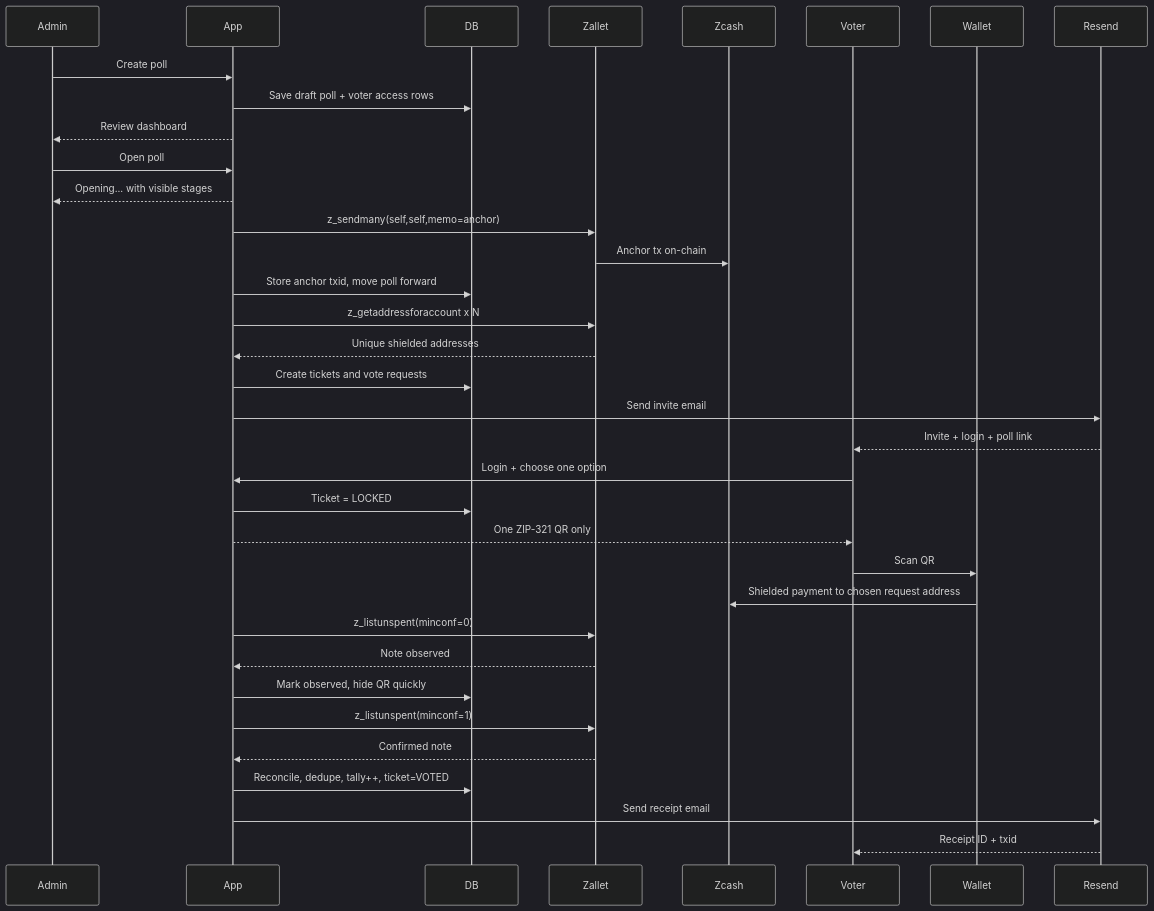
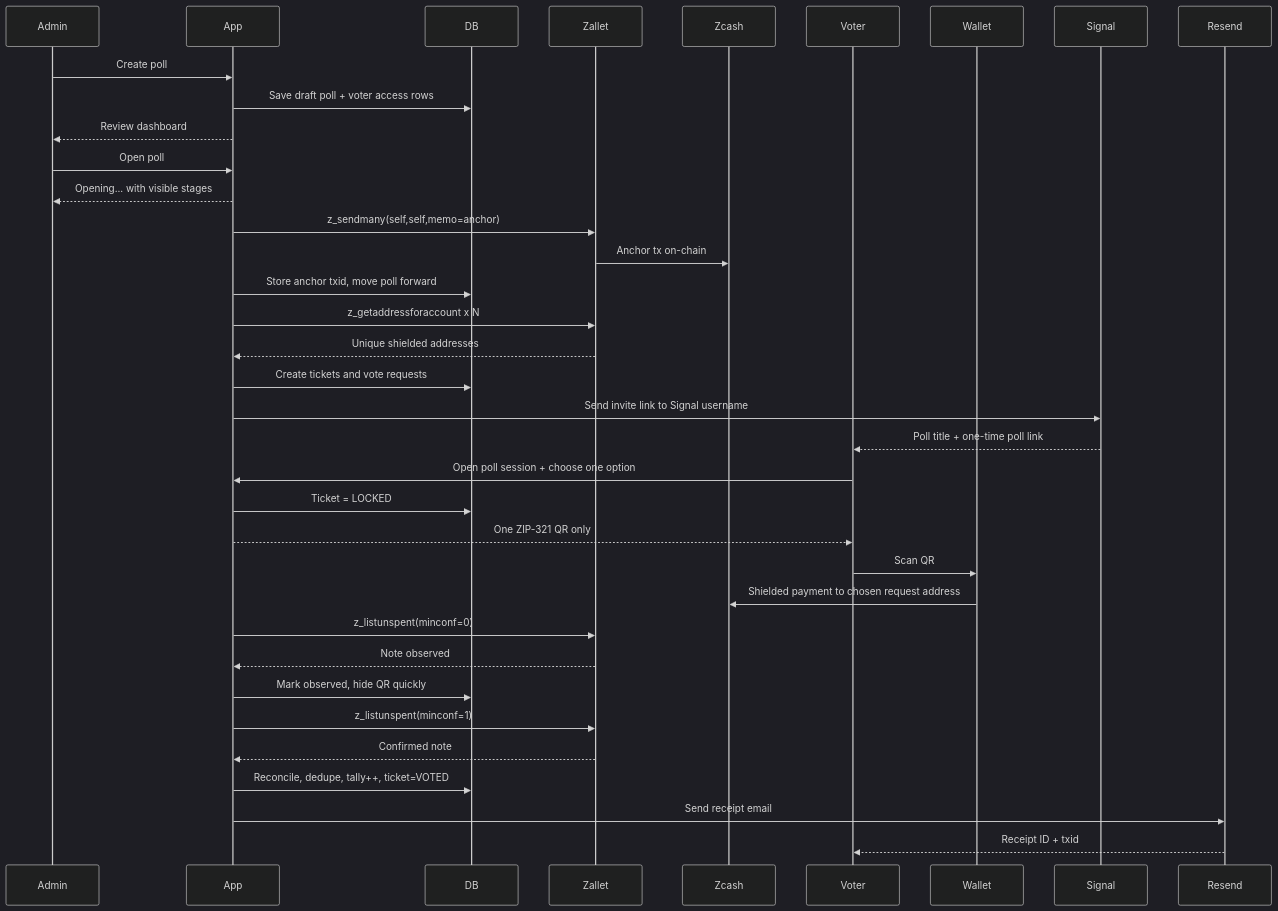
Before and after one commit to Michae2xl/community-shielded-voting: the second of 2 diagrams in README.md, drawn with Mermaid (dark theme). The commit also changed other lines of this file and 44 other files, not shown here.

````diff
--- a/README.md
+++ b/README.md
@@ -63,44 +65,45 @@
 ```mermaid
 sequenceDiagram
   participant Admin
   participant App
   participant DB
   participant Zallet
   participant Zcash
   participant Voter
   participant Wallet
+  participant Signal
   participant Resend
 
   Admin->>App: Create poll
   App->>DB: Save draft poll + voter access rows
   App-->>Admin: Review dashboard
 
   Admin->>App: Open poll
   App-->>Admin: Opening... with visible stages
   App->>Zallet: z_sendmany(self,self,memo=anchor)
   Zallet->>Zcash: Anchor tx on-chain
   App->>DB: Store anchor txid, move poll forward
 
   App->>Zallet: z_getaddressforaccount x N
   Zallet-->>App: Unique shielded addresses
   App->>DB: Create tickets and vote requests
-  App->>Resend: Send invite email
-  Resend-->>Voter: Invite + login + poll link
+  App->>Signal: Send invite link to Signal username
+  Signal-->>Voter: Poll title + one-time poll link
 
-  Voter->>App: Login + choose one option
+  Voter->>App: Open poll session + choose one option
   App->>DB: Ticket = LOCKED
   App-->>Voter: One ZIP-321 QR only
 
   Voter->>Wallet: Scan QR
   Wallet->>Zcash: Shielded payment to chosen request address
 
   App->>Zallet: z_listunspent(minconf=0)
   Zallet-->>App: Note observed
   App->>DB: Mark observed, hide QR quickly
 
   App->>Zallet: z_listunspent(minconf=1)
   Zallet-->>App: Confirmed note
   App->>DB: Reconcile, dedupe, tally++, ticket=VOTED
   App->>Resend: Send receipt email
   Resend-->>Voter: Receipt ID + txid
 ```
````
